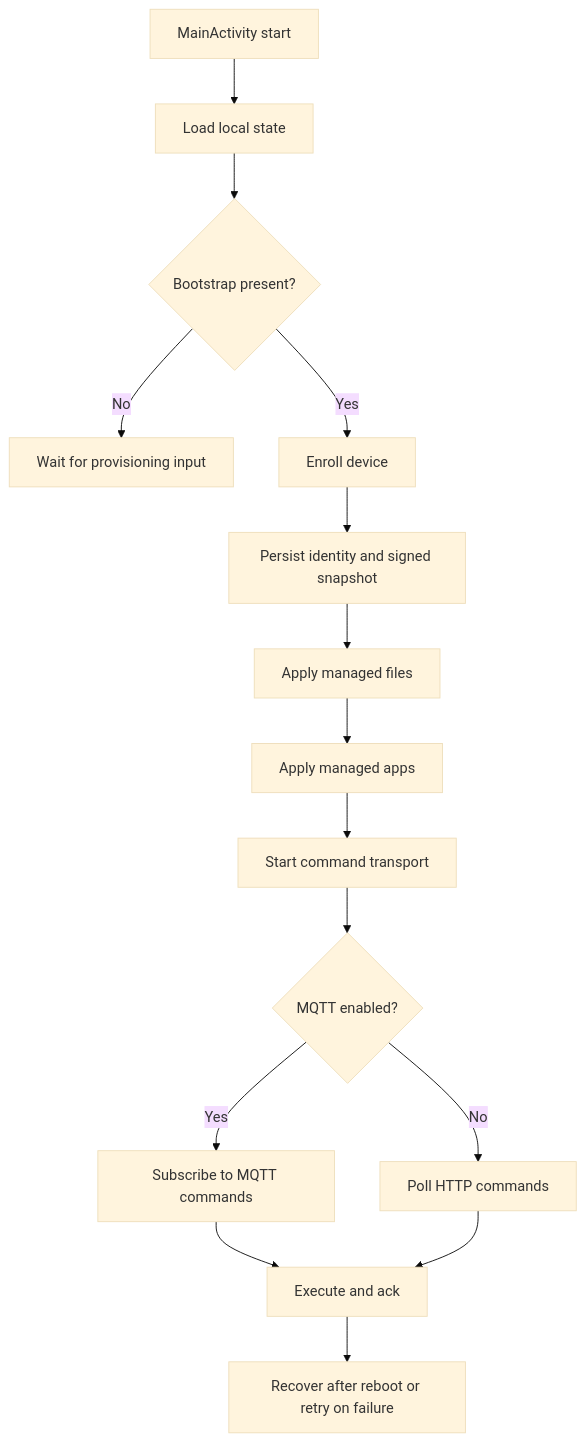
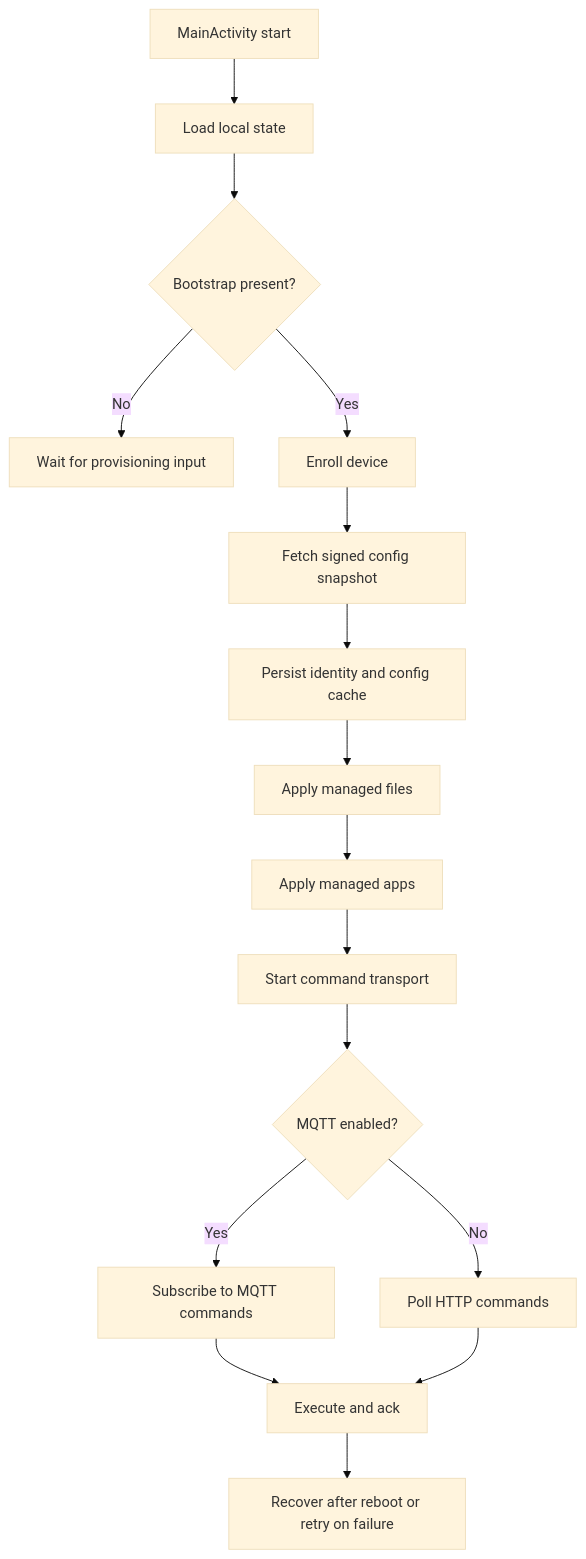
One commit to dev6699/xmdm changed the diagram in docs/agent-app-lifecycle.md. Above: the diagram before and after it, drawn with Mermaid (base theme). The commit also changed other lines of this file and 34 other files, not shown here.

````diff
--- a/docs/agent-app-lifecycle.md
+++ b/docs/agent-app-lifecycle.md
@@ -15,17 +15,18 @@
 ```mermaid
 flowchart TD
     A[MainActivity start] --> B[Load local state]
     B --> C{Bootstrap present?}
     C -->|No| Z[Wait for provisioning input]
     C -->|Yes| D[Enroll device]
-    D --> E[Persist identity and signed snapshot]
-    E --> F[Apply managed files]
-    F --> G[Apply managed apps]
-    G --> H[Start command transport]
-    H --> I{MQTT enabled?}
-    I -->|Yes| J[Subscribe to MQTT commands]
-    I -->|No| K[Poll HTTP commands]
-    J --> L[Execute and ack]
-    K --> L
-    L --> M[Recover after reboot or retry on failure]
+    D --> E[Fetch signed config snapshot]
+    E --> F[Persist identity and config cache]
+    F --> G[Apply managed files]
+    G --> H[Apply managed apps]
+    H --> I[Start command transport]
+    I --> J{MQTT enabled?}
+    J -->|Yes| K[Subscribe to MQTT commands]
+    J -->|No| L[Poll HTTP commands]
+    K --> M[Execute and ack]
+    L --> M
+    M --> N[Recover after reboot or retry on failure]
 ```
````
